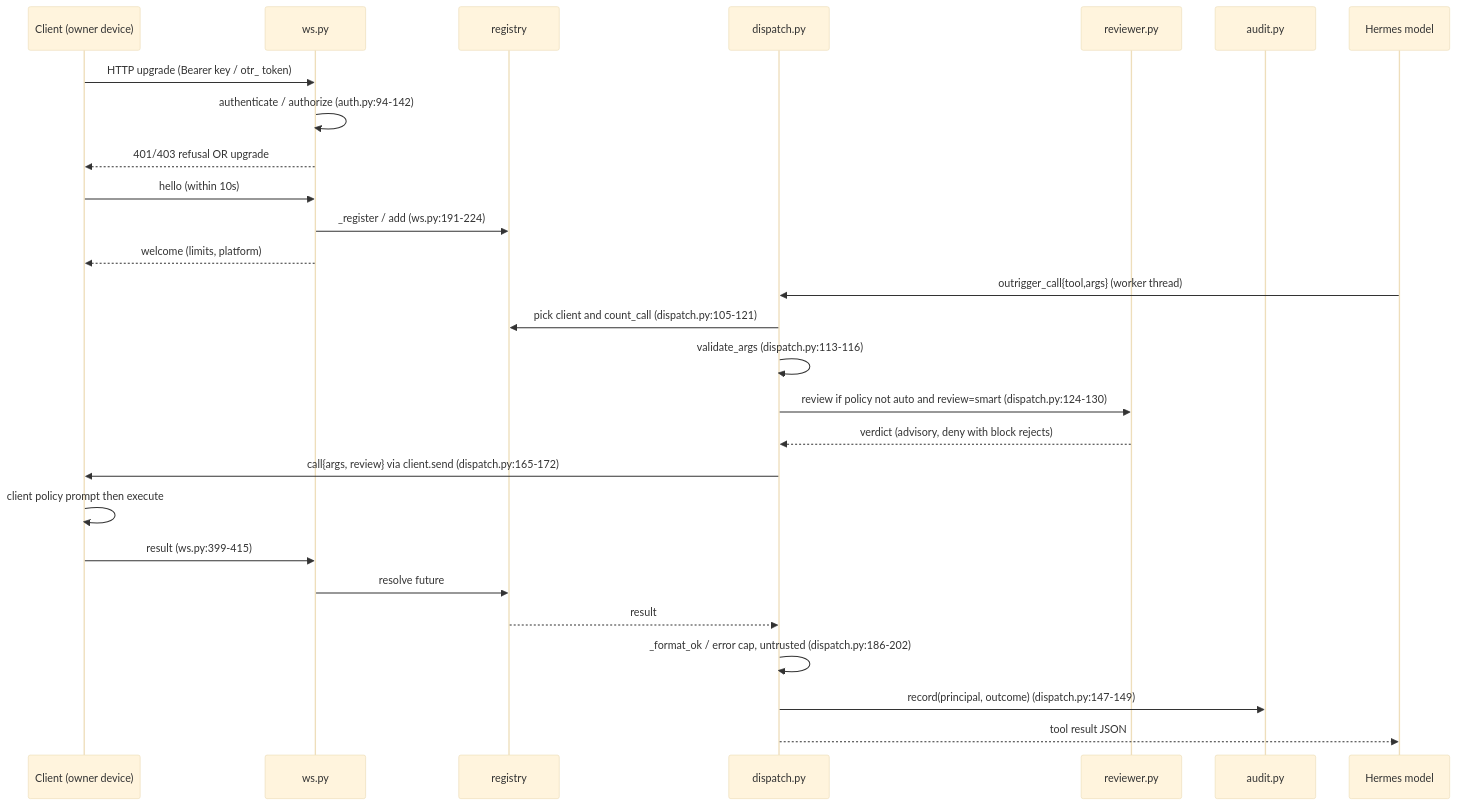
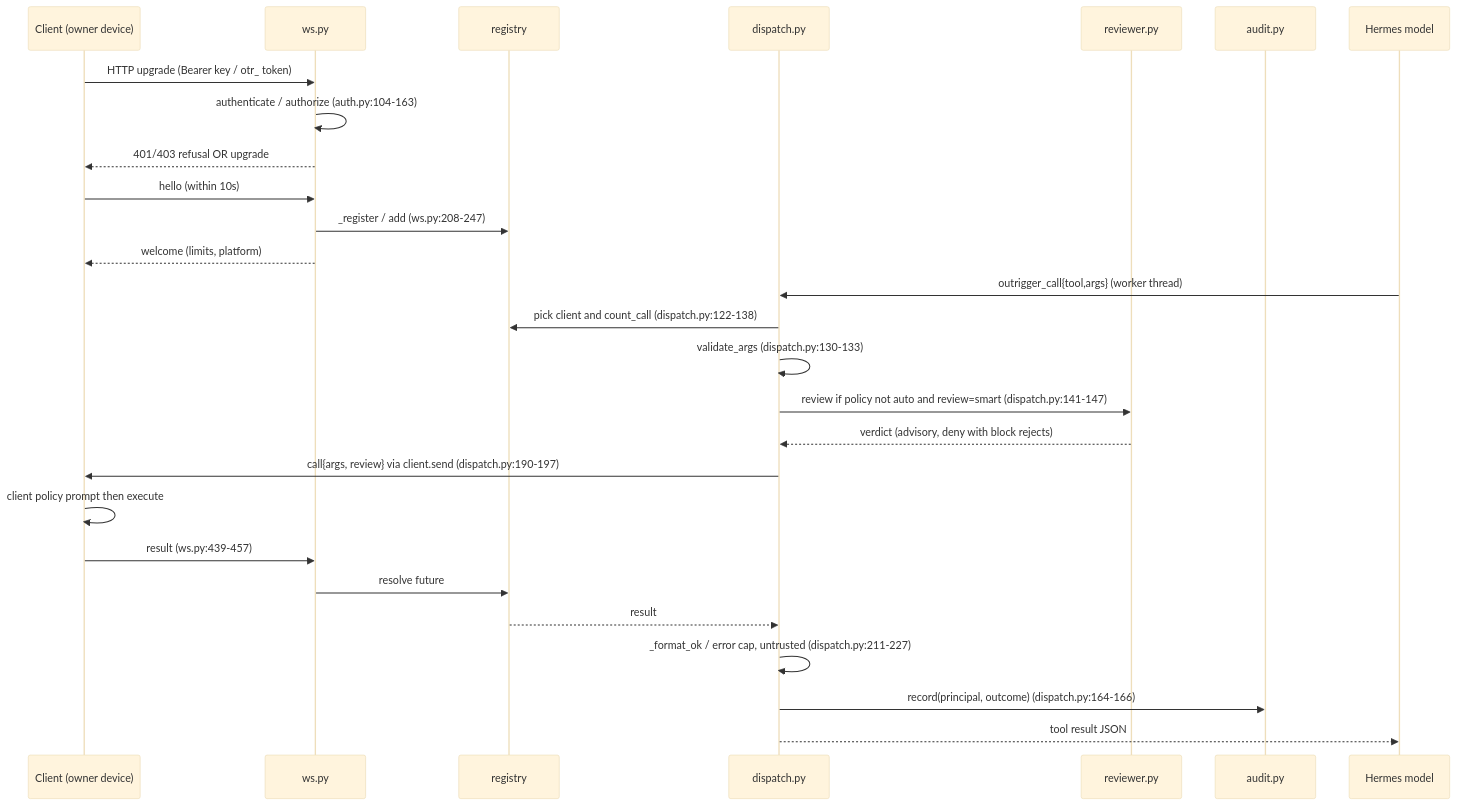
The second of 6 diagrams in AUDIT.md (codepilots/hermes-outrigger), drawn with Mermaid (base theme) before and after one commit. The commit also changed other lines of this file and 16 other files, not shown here.

````diff
--- a/AUDIT.md
+++ b/AUDIT.md
@@ -112,29 +114,29 @@
 ```mermaid
 sequenceDiagram
   participant C as Client (owner device)
   participant W as ws.py
   participant R as registry
   participant D as dispatch.py
   participant V as reviewer.py
   participant A as audit.py
   participant H as Hermes model
   C->>W: HTTP upgrade (Bearer key / otr_ token)
-  W->>W: authenticate / authorize (auth.py:94-142)
+  W->>W: authenticate / authorize (auth.py:104-163)
   W-->>C: 401/403 refusal OR upgrade
   C->>W: hello (within 10s)
-  W->>R: _register / add (ws.py:191-224)
+  W->>R: _register / add (ws.py:208-247)
   W-->>C: welcome (limits, platform)
   H->>D: outrigger_call{tool,args} (worker thread)
-  D->>R: pick client and count_call (dispatch.py:105-121)
-  D->>D: validate_args (dispatch.py:113-116)
-  D->>V: review if policy not auto and review=smart (dispatch.py:124-130)
+  D->>R: pick client and count_call (dispatch.py:122-138)
+  D->>D: validate_args (dispatch.py:130-133)
+  D->>V: review if policy not auto and review=smart (dispatch.py:141-147)
   V-->>D: verdict (advisory, deny with block rejects)
-  D->>C: call{args, review} via client.send (dispatch.py:165-172)
+  D->>C: call{args, review} via client.send (dispatch.py:190-197)
   C->>C: client policy prompt then execute
-  C->>W: result (ws.py:399-415)
+  C->>W: result (ws.py:439-457)
   W->>R: resolve future
   R-->>D: result
-  D->>D: _format_ok / error cap, untrusted (dispatch.py:186-202)
-  D->>A: record(principal, outcome) (dispatch.py:147-149)
+  D->>D: _format_ok / error cap, untrusted (dispatch.py:211-227)
+  D->>A: record(principal, outcome) (dispatch.py:164-166)
   D-->>H: tool result JSON
 ```
````
